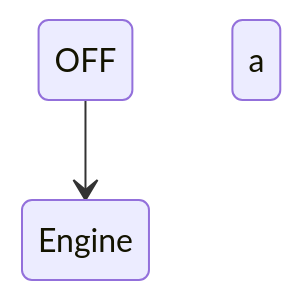
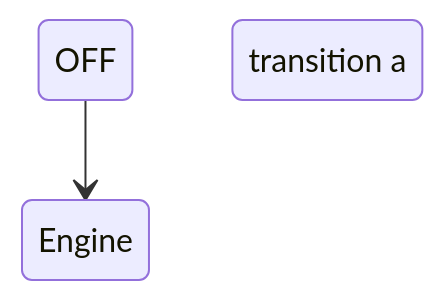
One commit to kirolossedra/Vehicle-Control-System changed the diagram in README.md. Above: the diagram before and after it, drawn with Mermaid.

````diff
--- a/README.md
+++ b/README.md
@@ -10,4 +10,4 @@
 ```mermaid
 stateDiagram-v2
-    Engine OFF --> Engine ON: a
+    Engine OFF --> Engine ON: transition a
 ```
````
